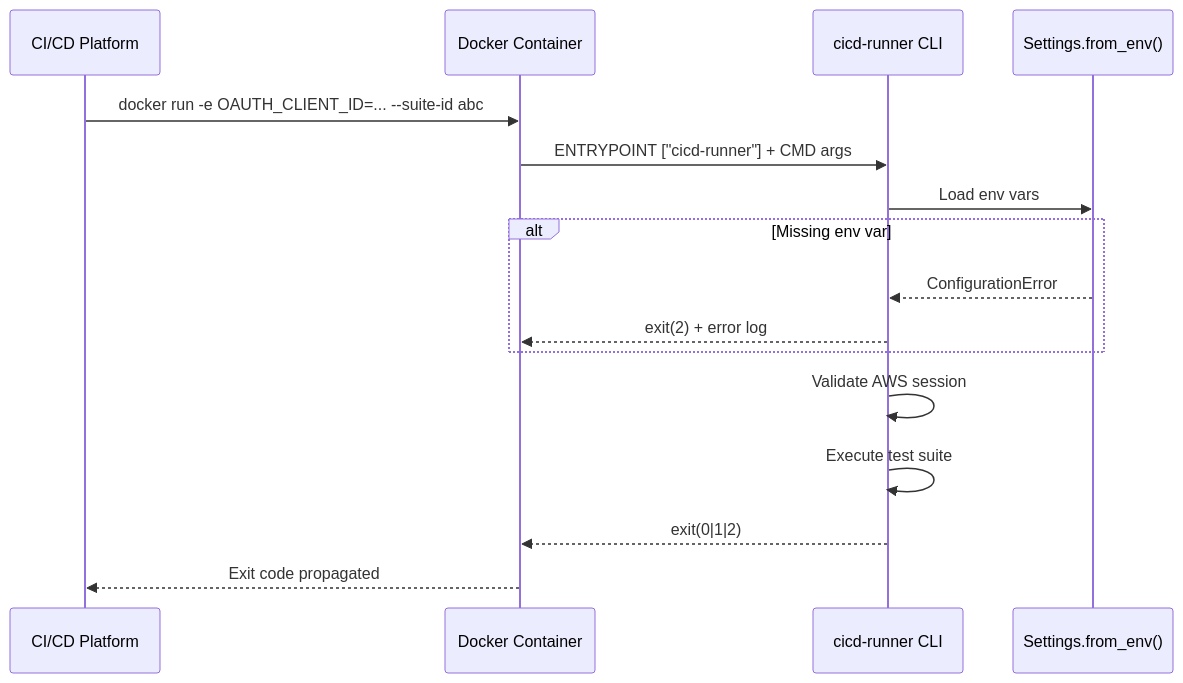
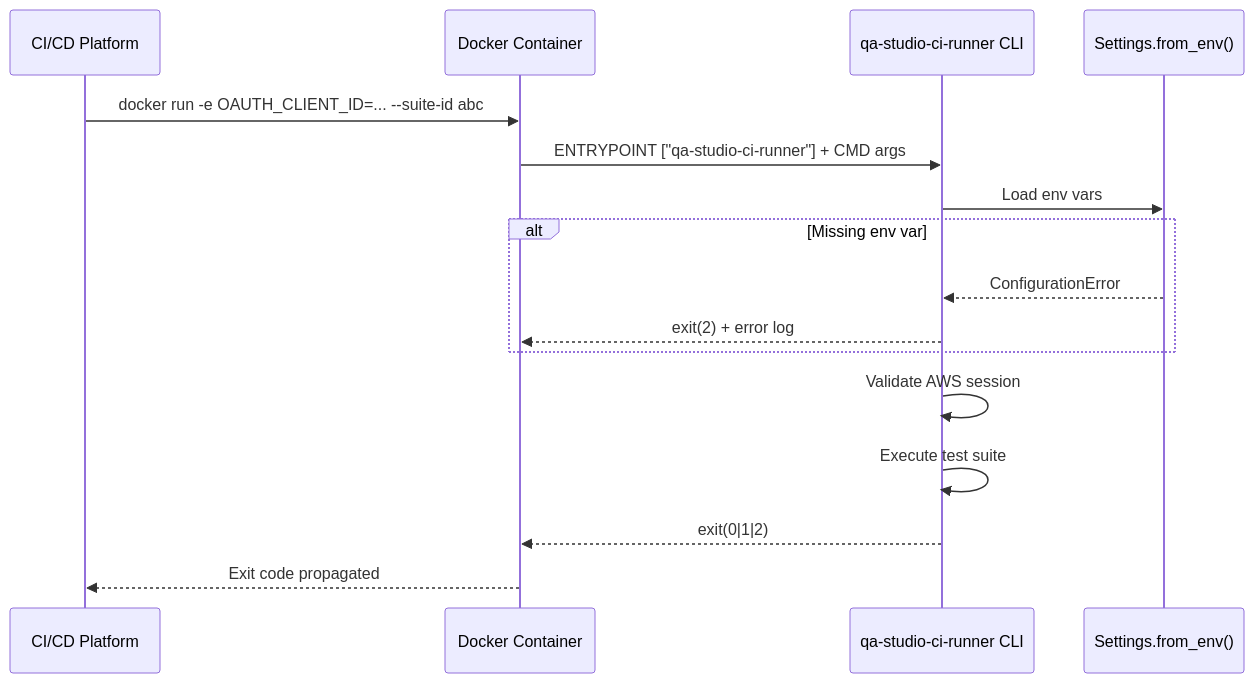
The second of 2 diagrams in .kiro/specs/wp5-docker-container/design.md (aws-samples/sample-qa-studio), drawn with Mermaid before and after one commit. The commit also changed other lines of this file and 96 other files, not shown here.

Commit message:
rename cicd-runner into qa-studio-ci-runner

````diff
--- a/.kiro/specs/wp5-docker-container/design.md
+++ b/.kiro/specs/wp5-docker-container/design.md
@@ -50,19 +50,19 @@
 ```mermaid
 sequenceDiagram
     participant CI as CI/CD Platform
     participant D as Docker Container
-    participant CLI as cicd-runner CLI
+    participant CLI as qa-studio-ci-runner CLI
     participant S as Settings.from_env()
 
     CI->>D: docker run -e OAUTH_CLIENT_ID=... --suite-id abc
-    D->>CLI: ENTRYPOINT ["cicd-runner"] + CMD args
+    D->>CLI: ENTRYPOINT ["qa-studio-ci-runner"] + CMD args
     CLI->>S: Load env vars
     alt Missing env var
         S-->>CLI: ConfigurationError
         CLI-->>D: exit(2) + error log
     end
     CLI->>CLI: Validate AWS session
     CLI->>CLI: Execute test suite
     CLI-->>D: exit(0|1|2)
     D-->>CI: Exit code propagated
 ```
````
